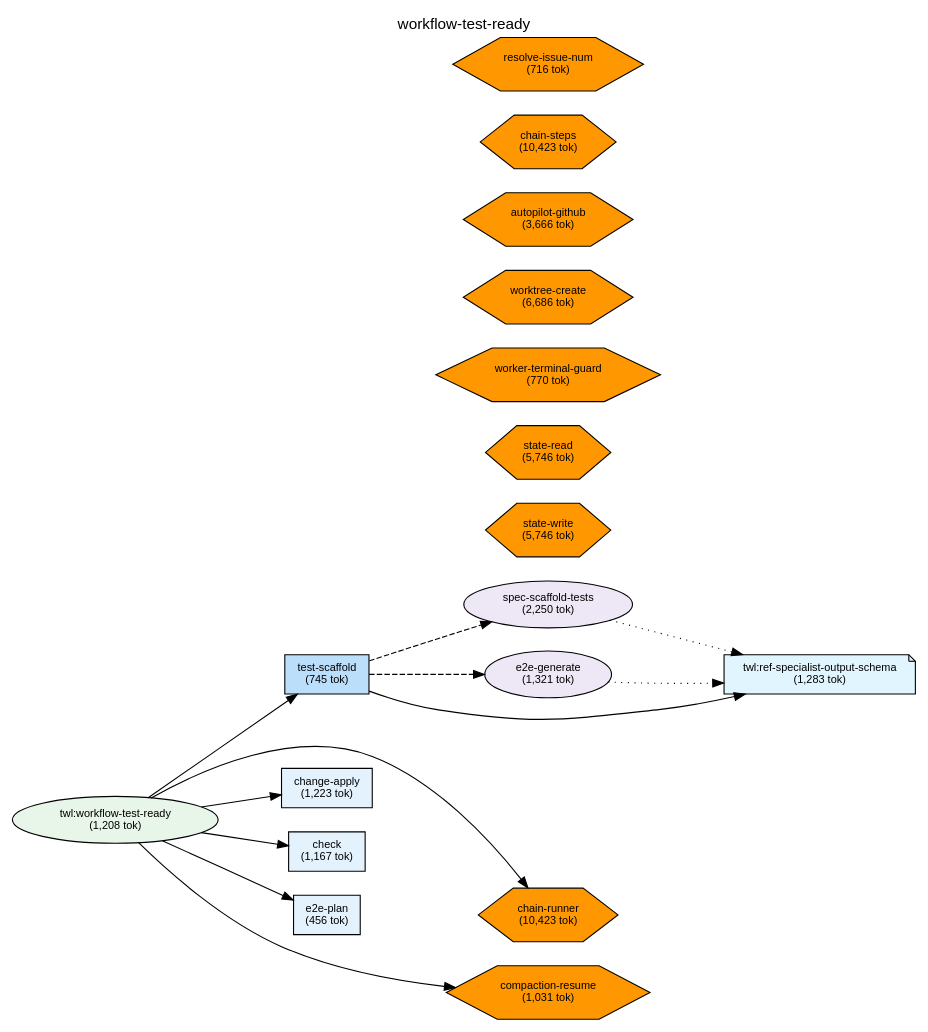
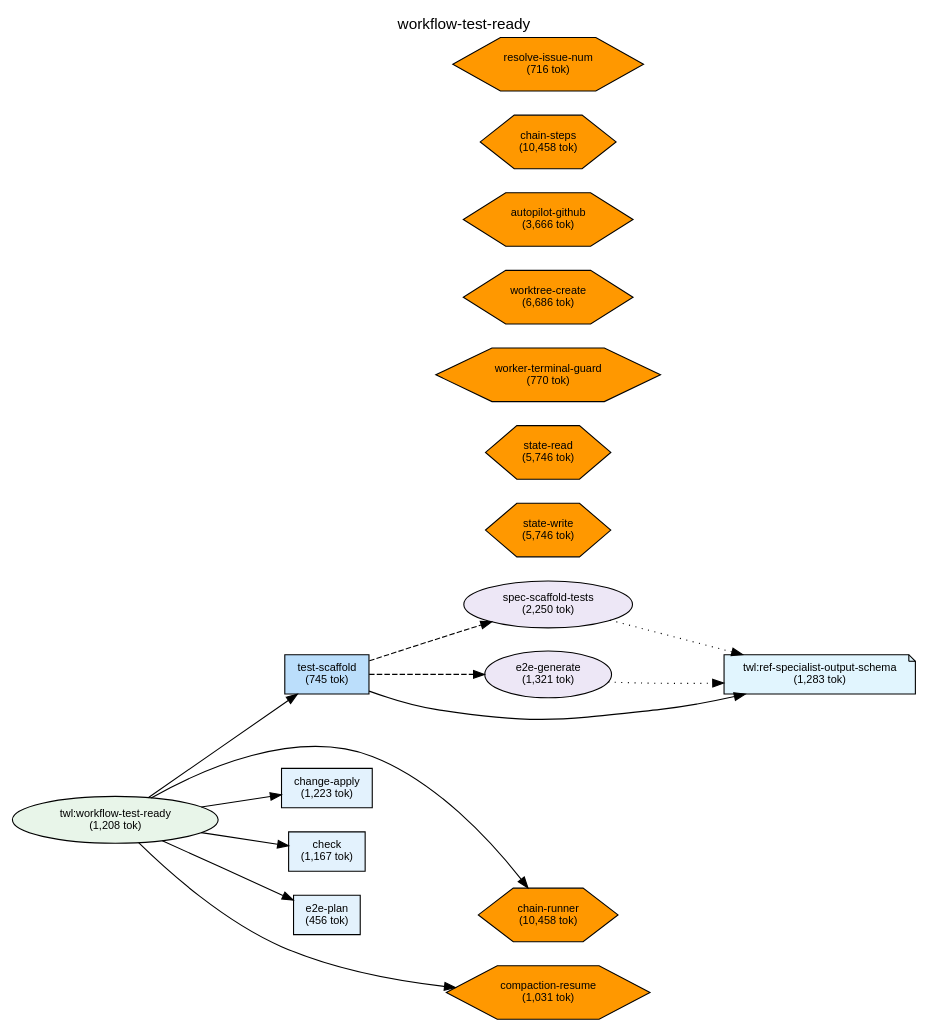
One commit to shuu5/twill changed the diagram in plugins/twl/docs/deps-workflow-test-ready.dot. Above: the diagram before and after it, drawn with Graphviz. The commit also changed 17 other files, not shown here.

```diff
--- a/plugins/twl/docs/deps-workflow-test-ready.dot
+++ b/plugins/twl/docs/deps-workflow-test-ready.dot
@@ -1,84 +1,84 @@
 digraph Dependencies {
     // Graph settings
     rankdir=LR;
     ranksep=0.8;
     nodesep=0.3;
     fontname="Helvetica";
     node [fontname="Helvetica", fontsize=10];
     edge [fontname="Helvetica", fontsize=9];
     label="workflow-test-ready";
     labelloc=t;
     fontsize=14;
 
     // L0: Controller Skills
 
     // L0: Launchers
 
     // L0.5: Workflow Skills
     skill_workflow_test_ready [label="twl:workflow-test-ready\n(1,208 tok)", shape=ellipse, style=filled, fillcolor="#e8f5e9"];
 
     // Reference Skills
     skill_ref_specialist_output_schema [label="twl:ref-specialist-output-schema\n(1,283 tok)", shape=note, style=filled, fillcolor="#e1f5fe"];
 
     // L1: Direct Commands
     cmd_change_apply [label="change-apply\n(1,223 tok)", shape=box, style=filled, fillcolor="#e3f2fd"];
     cmd_check [label="check\n(1,167 tok)", shape=box, style=filled, fillcolor="#e3f2fd"];
     cmd_e2e_plan [label="e2e-plan\n(456 tok)", shape=box, style=filled, fillcolor="#e3f2fd"];
     cmd_test_scaffold [label="test-scaffold\n(745 tok)", shape=box, style=filled, fillcolor="#bbdefb"];
 
     // L2: Sub Commands
 
     // L3: Agents
     agent_spec_scaffold_tests [label="spec-scaffold-tests\n(2,250 tok)", shape=ellipse, style=filled, fillcolor="#ede7f6"];
     agent_e2e_generate [label="e2e-generate\n(1,321 tok)", shape=ellipse, style=filled, fillcolor="#ede7f6"];
 
     // L3.5: Scripts
     script_state_read [label="state-read\n(5,746 tok)", shape=hexagon, style=filled, fillcolor="#FF9800"];
     script_state_write [label="state-write\n(5,746 tok)", shape=hexagon, style=filled, fillcolor="#FF9800"];
-    script_chain_runner [label="chain-runner\n(10,423 tok)", shape=hexagon, style=filled, fillcolor="#FF9800"];
+    script_chain_runner [label="chain-runner\n(10,458 tok)", shape=hexagon, style=filled, fillcolor="#FF9800"];
     script_worker_terminal_guard [label="worker-terminal-guard\n(770 tok)", shape=hexagon, style=filled, fillcolor="#FF9800"];
     script_worktree_create [label="worktree-create\n(6,686 tok)", shape=hexagon, style=filled, fillcolor="#FF9800"];
     script_autopilot_github [label="autopilot-github\n(3,666 tok)", shape=hexagon, style=filled, fillcolor="#FF9800"];
-    script_chain_steps [label="chain-steps\n(10,423 tok)", shape=hexagon, style=filled, fillcolor="#FF9800"];
+    script_chain_steps [label="chain-steps\n(10,458 tok)", shape=hexagon, style=filled, fillcolor="#FF9800"];
     script_compaction_resume [label="compaction-resume\n(1,031 tok)", shape=hexagon, style=filled, fillcolor="#FF9800"];
     script_resolve_issue_num [label="resolve-issue-num\n(716 tok)", shape=hexagon, style=filled, fillcolor="#FF9800"];
 
     // L4: External
 
     // Layer constraints
     { rank=same; skill_workflow_test_ready; }
     { rank=same; skill_ref_specialist_output_schema; }
     { rank=same; cmd_change_apply; cmd_check; cmd_e2e_plan; cmd_test_scaffold; }
     { rank=same; agent_spec_scaffold_tests; agent_e2e_generate; }
     { rank=same; script_state_read; script_state_write; script_chain_runner; script_worker_terminal_guard; script_worktree_create; script_autopilot_github; script_chain_steps; script_compaction_resume; script_resolve_issue_num; }
 
     // Edges
     skill_workflow_test_ready -> cmd_test_scaffold;
     skill_workflow_test_ready -> cmd_change_apply;
     skill_workflow_test_ready -> cmd_check;
     skill_workflow_test_ready -> cmd_e2e_plan;
     skill_workflow_test_ready -> script_chain_runner;
     skill_workflow_test_ready -> script_compaction_resume;
     cmd_test_scaffold -> agent_spec_scaffold_tests [style=dashed];
     cmd_test_scaffold -> agent_e2e_generate [style=dashed];
     cmd_test_scaffold -> skill_ref_specialist_output_schema;
     agent_spec_scaffold_tests -> skill_ref_specialist_output_schema [style=dotted];
     agent_e2e_generate -> skill_ref_specialist_output_schema [style=dotted];
 
     // Ordering constraints (invisible edges)
     script_chain_runner -> script_compaction_resume [style=invis, weight=10];
     cmd_test_scaffold -> cmd_change_apply [style=invis, weight=10];
     cmd_change_apply -> cmd_check [style=invis, weight=10];
     cmd_check -> cmd_e2e_plan [style=invis, weight=10];
     cmd_e2e_plan -> script_chain_runner [style=invis, weight=10];
     script_chain_runner -> script_compaction_resume [style=invis, weight=10];
     script_chain_runner -> script_compaction_resume [style=invis, weight=10];
     script_chain_runner -> script_compaction_resume [style=invis, weight=10];
     agent_spec_scaffold_tests -> agent_e2e_generate [style=invis, weight=10];
     agent_e2e_generate -> skill_ref_specialist_output_schema [style=invis, weight=10];
     script_state_read -> script_state_write [style=invis, weight=10];
     script_state_read -> script_state_write [style=invis, weight=10];
     script_state_read -> script_state_write [style=invis, weight=10];
     script_state_read -> script_state_write [style=invis, weight=10];
 
 }
```
